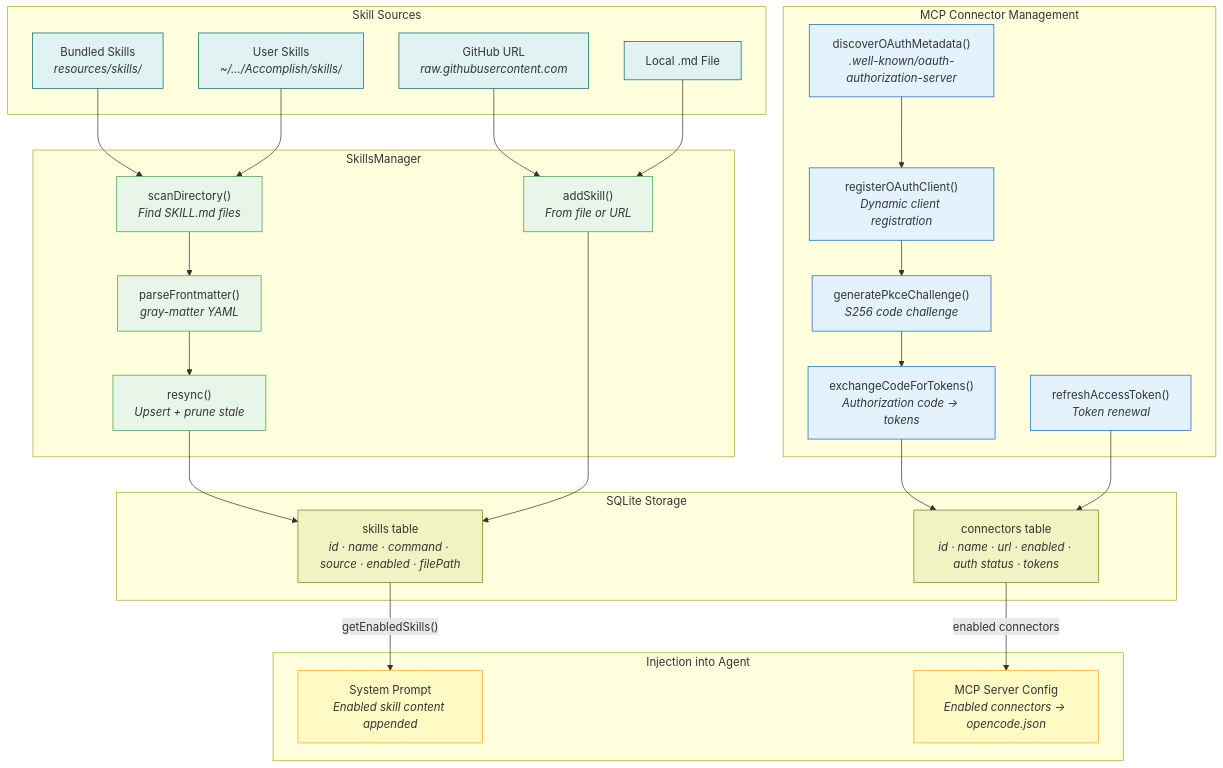
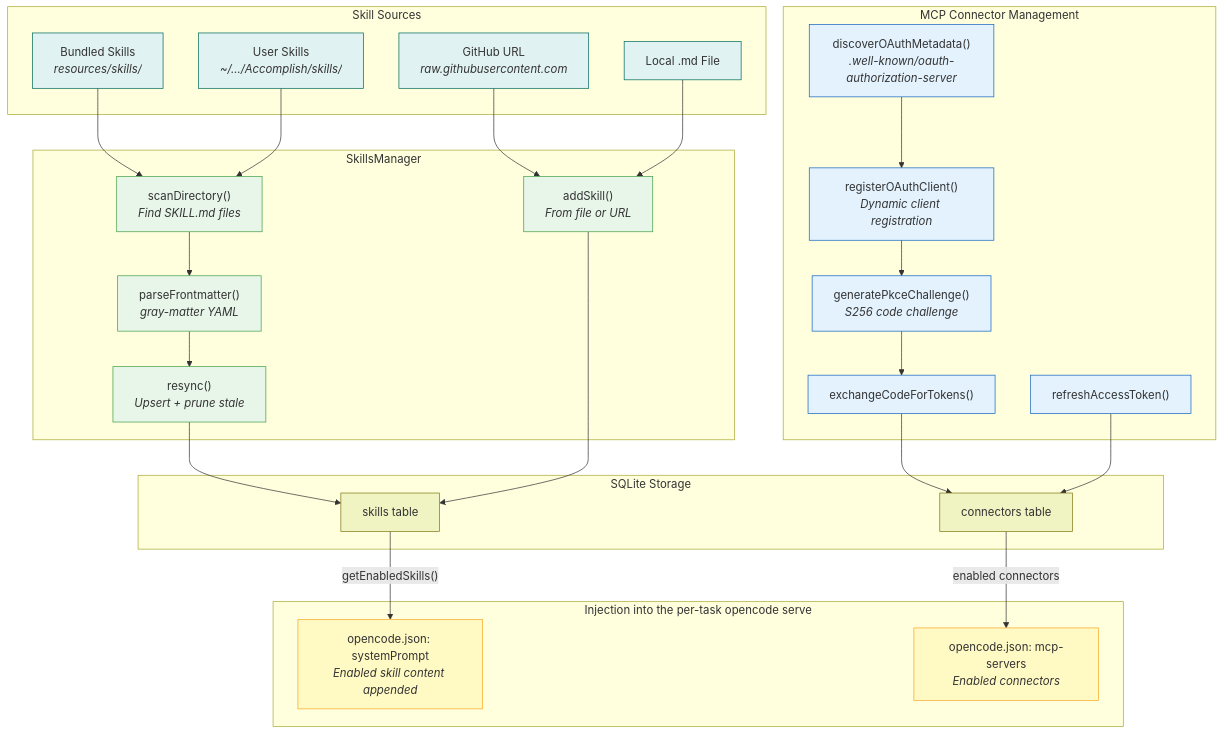
The seventh of 12 diagrams in docs/functional-viewpoint.md (xztxy/openwork), drawn with Mermaid before and after one commit. The commit also changed other lines of this file and 5 other files, not shown here.

First line of the commit message:
docs(architecture): consolidate functional viewpoint into one doc

````diff
--- a/docs/functional-viewpoint.md
+++ b/docs/functional-viewpoint.md
@@ -516,64 +765,64 @@
 ```mermaid
 graph TB
   subgraph SOURCES["Skill Sources"]
     BUNDLED["Bundled Skills<br/><i>resources/skills/</i>"]
     USER_DIR["User Skills<br/><i>~/.../Accomplish/skills/</i>"]
     GITHUB["GitHub URL<br/><i>raw.githubusercontent.com</i>"]
     LOCAL_FILE["Local .md File"]
   end
 
   subgraph SKILLS_MGR["SkillsManager"]
     SCAN["scanDirectory()<br/><i>Find SKILL.md files</i>"]
     PARSE["parseFrontmatter()<br/><i>gray-matter YAML</i>"]
     SYNC["resync()<br/><i>Upsert + prune stale</i>"]
     ADD["addSkill()<br/><i>From file or URL</i>"]
   end
 
   subgraph CONNECTORS["MCP Connector Management"]
     DISC["discoverOAuthMetadata()<br/><i>.well-known/oauth-authorization-server</i>"]
     REG["registerOAuthClient()<br/><i>Dynamic client registration</i>"]
     PKCE["generatePkceChallenge()<br/><i>S256 code challenge</i>"]
-    TOKEN["exchangeCodeForTokens()<br/><i>Authorization code → tokens</i>"]
-    REFRESH["refreshAccessToken()<br/><i>Token renewal</i>"]
+    TOKEN["exchangeCodeForTokens()"]
+    REFRESH["refreshAccessToken()"]
   end
 
   subgraph DB["SQLite Storage"]
-    SKILLS_TBL["skills table<br/><i>id · name · command · source · enabled · filePath</i>"]
-    CONN_TBL["connectors table<br/><i>id · name · url · enabled · auth status · tokens</i>"]
+    SKILLS_TBL["skills table"]
+    CONN_TBL["connectors table"]
   end
 
-  subgraph INJECTION["Injection into Agent"]
-    SYS_PROMPT["System Prompt<br/><i>Enabled skill content appended</i>"]
-    MCP_CONF["MCP Server Config<br/><i>Enabled connectors → opencode.json</i>"]
+  subgraph INJECTION["Injection into the per-task opencode serve"]
+    SYS_PROMPT["opencode.json: systemPrompt<br/><i>Enabled skill content appended</i>"]
+    MCP_CONF["opencode.json: mcp-servers<br/><i>Enabled connectors</i>"]
   end
 
   BUNDLED --> SCAN
   USER_DIR --> SCAN
   GITHUB --> ADD
   LOCAL_FILE --> ADD
   SCAN --> PARSE
   PARSE --> SYNC
   SYNC --> SKILLS_TBL
   ADD --> SKILLS_TBL
 
   DISC --> REG
   REG --> PKCE
   PKCE --> TOKEN
   TOKEN --> CONN_TBL
   REFRESH --> CONN_TBL
 
   SKILLS_TBL -->|"getEnabledSkills()"| SYS_PROMPT
   CONN_TBL -->|"enabled connectors"| MCP_CONF
 
   classDef source fill:#e0f2f1,stroke:#00695c
   classDef mgr fill:#e8f5e9,stroke:#43a047
   classDef conn fill:#e3f2fd,stroke:#1565c0
   classDef db fill:#f0f4c3,stroke:#827717
   classDef inject fill:#fff9c4,stroke:#f9a825
 
   class BUNDLED,USER_DIR,GITHUB,LOCAL_FILE source
   class SCAN,PARSE,SYNC,ADD mgr
   class DISC,REG,PKCE,TOKEN,REFRESH conn
   class SKILLS_TBL,CONN_TBL db
   class SYS_PROMPT,MCP_CONF inject
 ```
````
